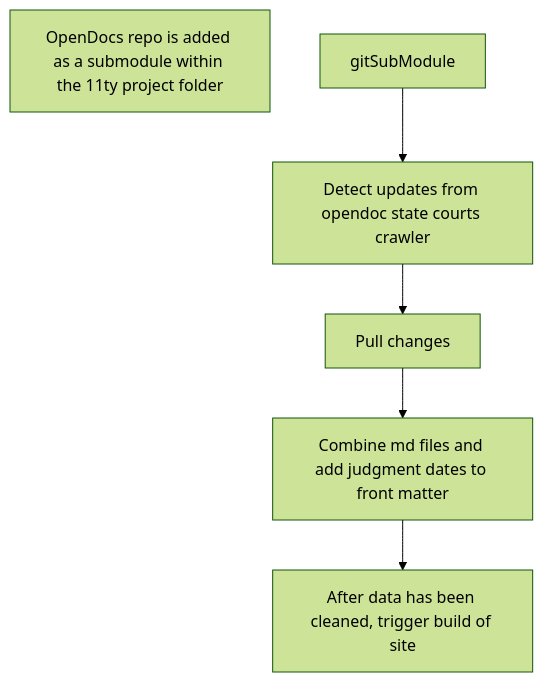
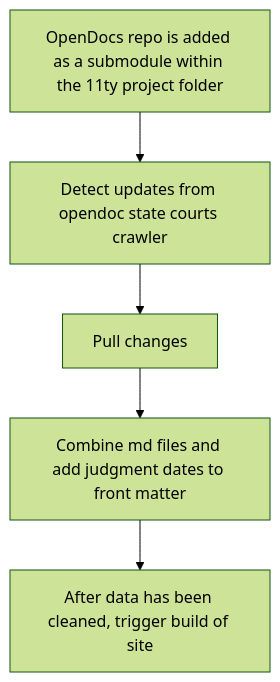
One commit to nondescryptid/judgments-11ty changed the diagram in README.md. Above: the diagram before and after it, drawn with Mermaid (forest theme).

Commit message:
fix typo. lol

````diff
--- a/README.md
+++ b/README.md
@@ -3,13 +3,13 @@
 ```mermaid 
 graph TD;
   gitSubmodule[OpenDocs repo is added as a submodule within the 11ty project folder]
   getData[Detect updates from opendoc state courts crawler]
   pullData[Pull changes]
   cleanData[Combine md files and add judgment dates to front matter]
-  gitSubModule --> getData
+  gitSubmodule --> getData
   getData --> pullData
   pullData --> cleanData
   cleanData --> triggerBuild[After data has been cleaned, trigger build of site]
 
 
 ```
````
